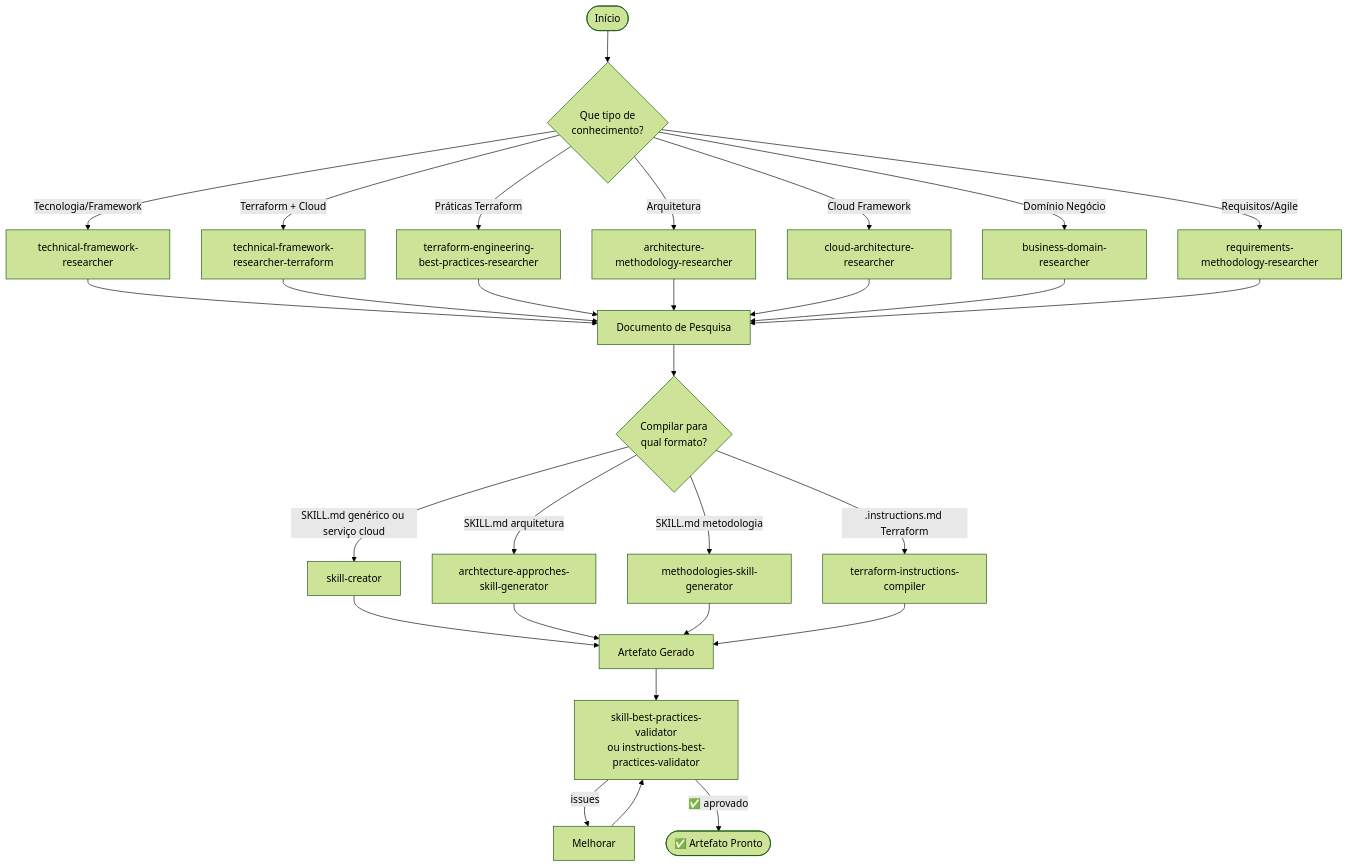
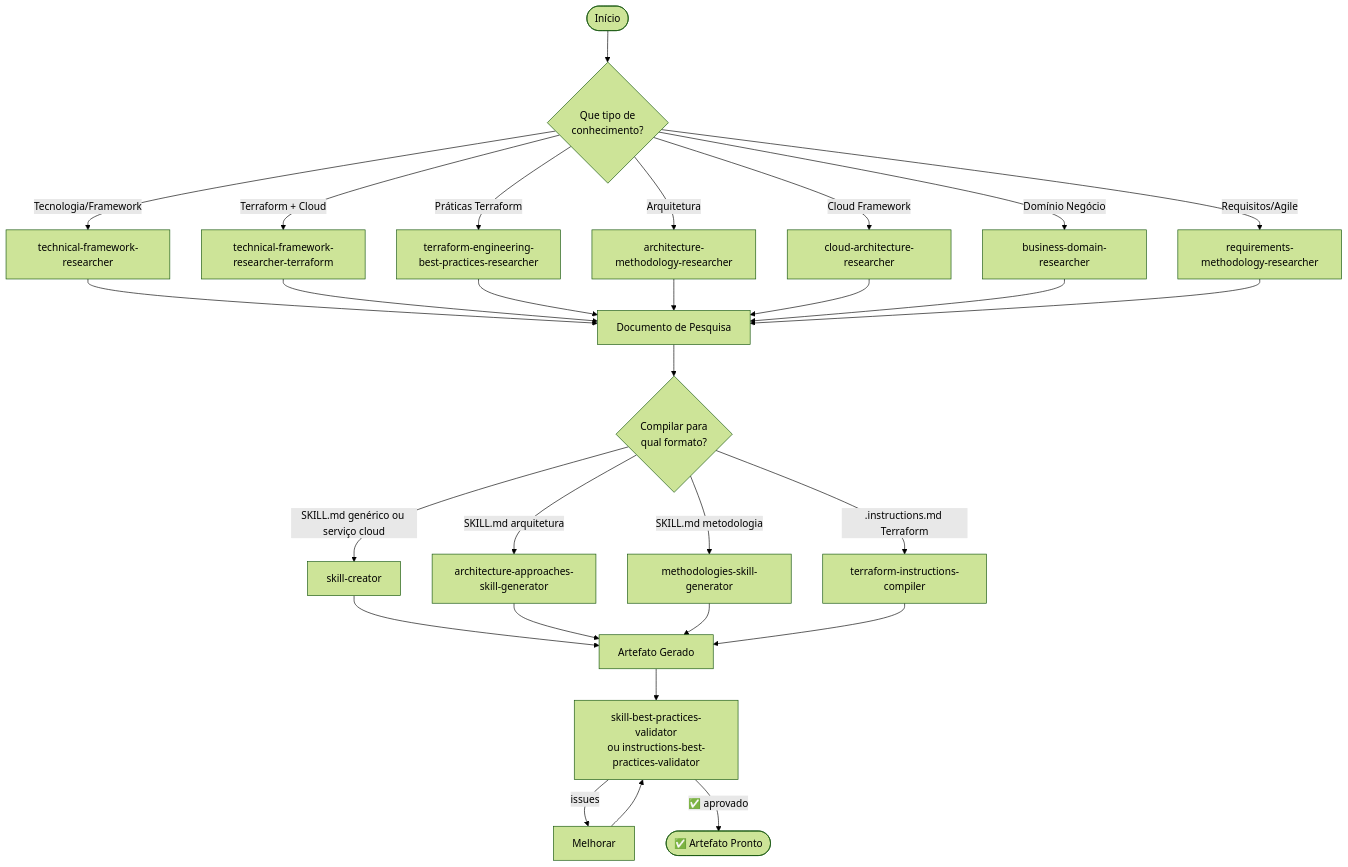
Before and after one commit to rodrigo-mendes/agents-factory: the first of 2 diagrams in docs/fluxos/fluxo-base-conhecimento.md, drawn with Mermaid (forest theme). The commit also changed other lines of this file and 72 other files, not shown here.

````diff
--- a/docs/fluxos/fluxo-base-conhecimento.md
+++ b/docs/fluxos/fluxo-base-conhecimento.md
@@ -9,39 +9,39 @@
 ```mermaid
 flowchart TD
     START([Início]) --> CHOOSE{Que tipo de<br/>conhecimento?}
     
     CHOOSE -->|Tecnologia/Framework| R1[technical-framework-researcher]
     CHOOSE -->|Terraform + Cloud| R2[technical-framework-researcher-terraform]
     CHOOSE -->|Práticas Terraform| R3[terraform-engineering-best-practices-researcher]
     CHOOSE -->|Arquitetura| R4[architecture-methodology-researcher]
     CHOOSE -->|Cloud Framework| R5[cloud-architecture-researcher]
     CHOOSE -->|Domínio Negócio| R6[business-domain-researcher]
     CHOOSE -->|Requisitos/Agile| R7[requirements-methodology-researcher]
     
     R1 --> DOC[Documento de Pesquisa]
     R2 --> DOC
     R3 --> DOC
     R4 --> DOC
     R5 --> DOC
     R6 --> DOC
     R7 --> DOC
     
     DOC --> COMPILE{Compilar para<br/>qual formato?}
     
     COMPILE -->|SKILL.md genérico ou serviço cloud| C1[skill-creator]
-    COMPILE -->|SKILL.md arquitetura| C2[archtecture-approches-skill-generator]
+    COMPILE -->|SKILL.md arquitetura| C2[architecture-approaches-skill-generator]
     COMPILE -->|SKILL.md metodologia| C3[methodologies-skill-generator]
     COMPILE -->|.instructions.md Terraform| C4[terraform-instructions-compiler]
     
     C1 --> ART[Artefato Gerado]
     C2 --> ART
     C3 --> ART
     C4 --> ART
     
     ART --> VALID[skill-best-practices-validator<br/>ou instructions-best-practices-validator]
     
     VALID -->|issues| IMPROVE[Melhorar]
     IMPROVE --> VALID
     
     VALID -->|✅ aprovado| DONE([✅ Artefato Pronto])
 ```
````
